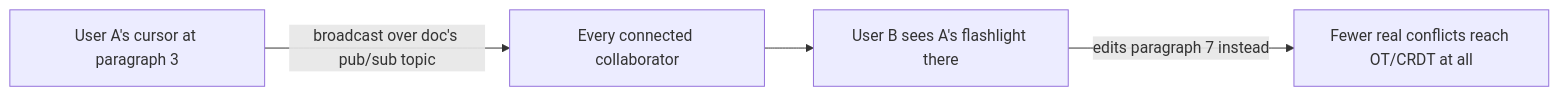
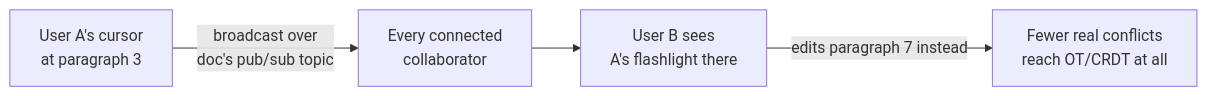
One commit to riyaz-pasha/Learnings changed the ninth of 14 diagrams in system-design/HLD/0-course/38-Design-a-Collaborative-Document-Editing-Service-Google-Docs-FAANG-Guide-story.md. Above: the diagram before and after it, drawn with Mermaid. The commit also changed other lines of this file and 1 other file, not shown here.

Commit message:
[REWRITE] Google Docs story guide: simplify prose, add structure, fix diagrams

````diff
--- a/system-design/HLD/0-course/38-Design-a-Collaborative-Document-Editing-Service-Google-Docs-FAANG-Guide-story.md
+++ b/system-design/HLD/0-course/38-Design-a-Collaborative-Document-Editing-Service-Google-Docs-FAANG-Guide-story.md
@@ -257,6 +461,6 @@
 ```mermaid
 flowchart LR
-    A[User A's cursor at paragraph 3] -->|broadcast over doc's pub/sub topic| Everyone[Every connected collaborator]
-    Everyone --> B[User B sees A's flashlight there]
-    B -->|edits paragraph 7 instead| Result[Fewer real conflicts reach OT/CRDT at all]
+    A["User A's cursor<br/>at paragraph 3"] -->|"broadcast over<br/>doc's pub/sub topic"| Everyone["Every connected<br/>collaborator"]
+    Everyone --> B["User B sees<br/>A's flashlight there"]
+    B -->|"edits paragraph 7 instead"| Result["Fewer real conflicts<br/>reach OT/CRDT at all"]
 ```
````
